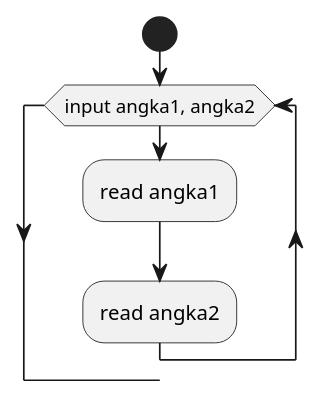
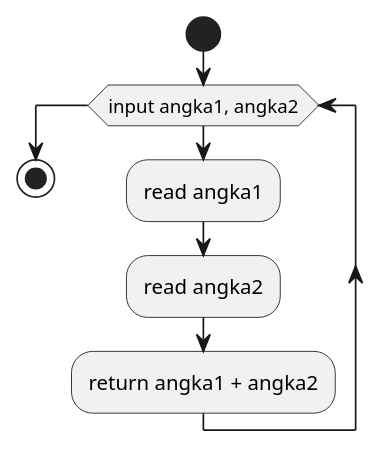
The diagram in pert5/trial.puml (Anraaa/bhs_pemrograman), drawn with PlantUML before and after one commit. The commit also changed 6 other files, not shown here.

```diff
--- a/pert5/trial.puml
+++ b/pert5/trial.puml
@@ -1,6 +1,9 @@
 @startuml Trial
-    start
-    while (input angka1, angka2)
-    :read angka1;
+	start
+	while (input angka1, angka2)
+	:read angka1;
     :read angka2;
+	:return angka1 + angka2;
+	endwhile
+	stop
 @enduml
```
